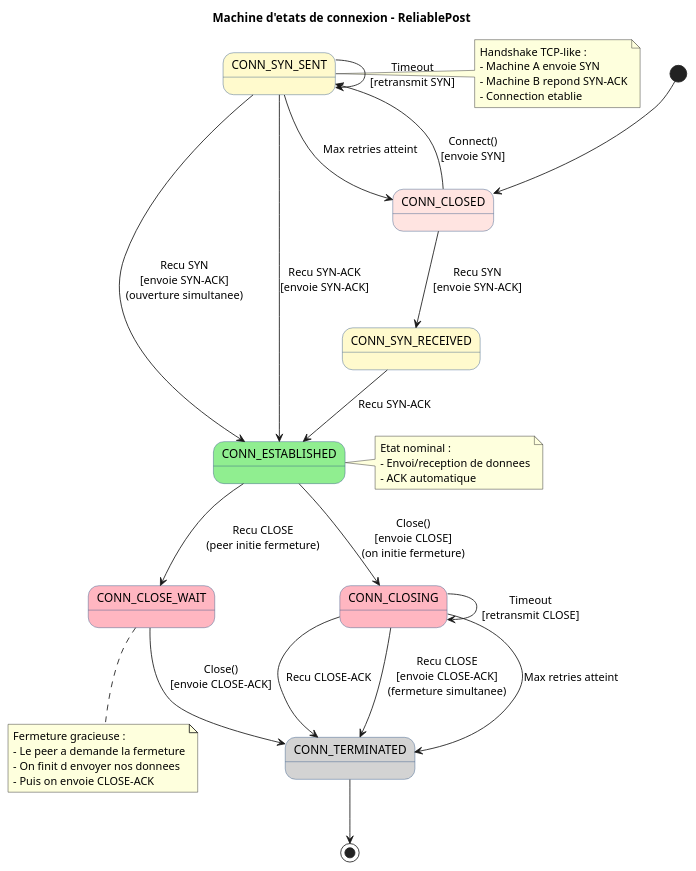
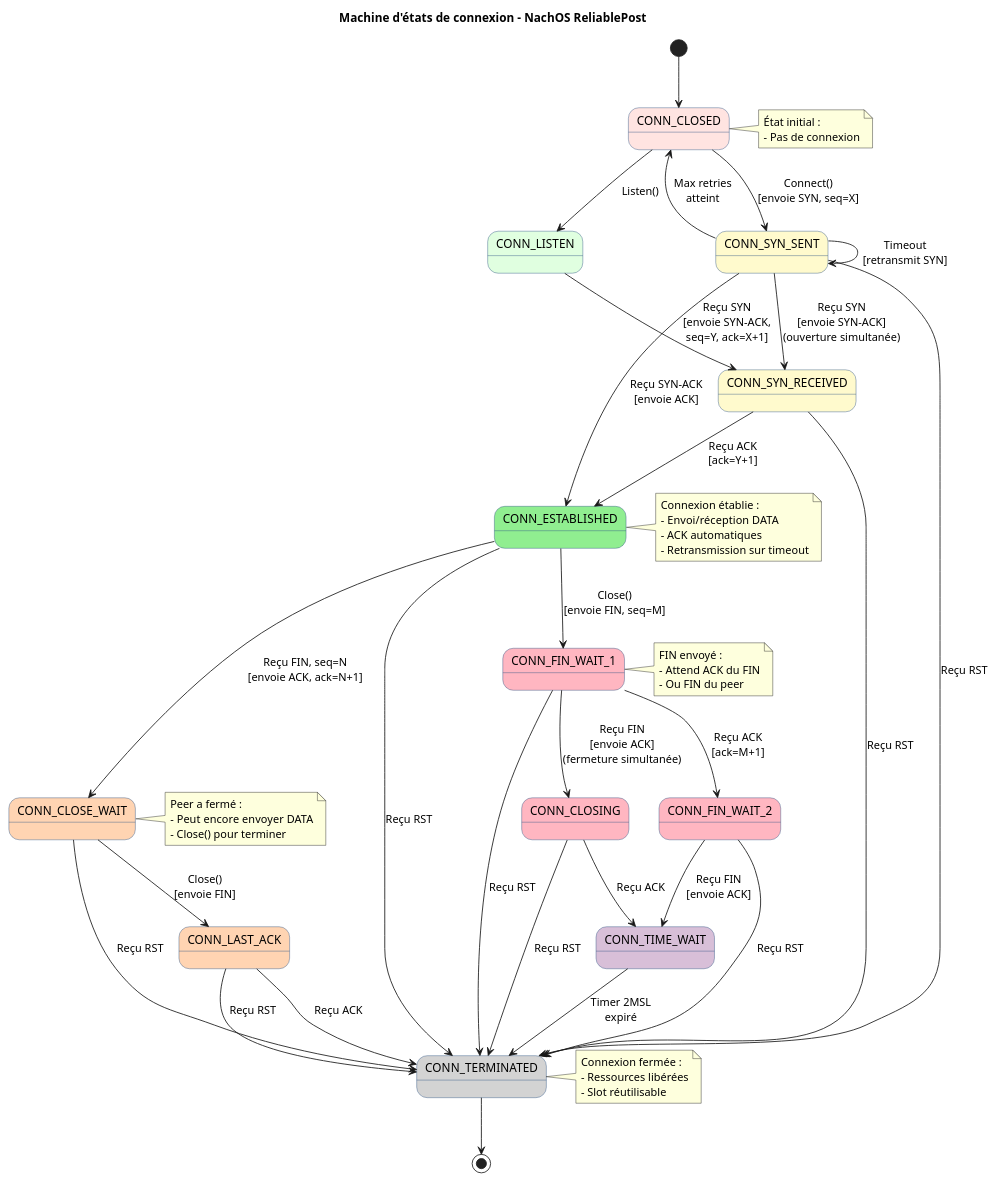
Before and after one commit to Darkbriks/nachos-team-a: the diagram in network/connection_state_machine.puml, drawn with PlantUML. The commit also changed 83 other files, not shown here.

```diff
--- a/network/connection_state_machine.puml
+++ b/network/connection_state_machine.puml
@@ -1,63 +1,96 @@
 @startuml
 skinparam backgroundColor white
 skinparam state {
     BackgroundColor #E8F4FD
     BorderColor #2C5282
 }
 
-title Machine d'etats de connexion - ReliablePost
+title Machine d'états de connexion - NachOS ReliablePost
 
 state "CONN_CLOSED" as CLOSED #FFE4E1
+state "CONN_LISTEN" as LISTEN #E0FFE0
 state "CONN_SYN_SENT" as SYN_SENT #FFFACD
 state "CONN_SYN_RECEIVED" as SYN_RECEIVED #FFFACD
 state "CONN_ESTABLISHED" as ESTABLISHED #90EE90
-state "CONN_CLOSE_WAIT" as CLOSE_WAIT #FFB6C1
+state "CONN_FIN_WAIT_1" as FIN_WAIT_1 #FFB6C1
+state "CONN_FIN_WAIT_2" as FIN_WAIT_2 #FFB6C1
+state "CONN_CLOSE_WAIT" as CLOSE_WAIT #FFD4B2
 state "CONN_CLOSING" as CLOSING #FFB6C1
+state "CONN_LAST_ACK" as LAST_ACK #FFD4B2
+state "CONN_TIME_WAIT" as TIME_WAIT #D8BFD8
 state "CONN_TERMINATED" as TERMINATED #D3D3D3
 
 [*] --> CLOSED
 
-CLOSED --> SYN_SENT : Connect()\n[envoie SYN]
+note right of CLOSED
+  État initial :
+  - Pas de connexion
+end note
 
-SYN_SENT --> ESTABLISHED : Recu SYN\n[envoie SYN-ACK]\n(ouverture simultanee)
+CLOSED --> SYN_SENT : Connect()\n[envoie SYN, seq=X]
+
+SYN_SENT --> ESTABLISHED : Reçu SYN-ACK\n[envoie ACK]
+SYN_SENT --> SYN_RECEIVED : Reçu SYN\n[envoie SYN-ACK]\n(ouverture simultanée)
 SYN_SENT --> SYN_SENT : Timeout\n[retransmit SYN]
-SYN_SENT --> CLOSED : Max retries atteint
+SYN_SENT --> CLOSED : Max retries\natteint
 
-SYN_RECEIVED --> ESTABLISHED : Recu SYN-ACK
+CLOSED --> LISTEN : Listen()
 
-CLOSED --> SYN_RECEIVED : Recu SYN\n[envoie SYN-ACK]
-SYN_SENT --> ESTABLISHED : Recu SYN-ACK\n[envoie SYN-ACK]
+LISTEN --> SYN_RECEIVED : Reçu SYN\n[envoie SYN-ACK,\nseq=Y, ack=X+1]
 
-ESTABLISHED --> CLOSE_WAIT : Recu CLOSE\n(peer initie fermeture)
-ESTABLISHED --> CLOSING : Close()\n[envoie CLOSE]\n(on initie fermeture)
+SYN_RECEIVED --> ESTABLISHED : Reçu ACK\n[ack=Y+1]
 
-CLOSE_WAIT --> TERMINATED : Close()\n[envoie CLOSE-ACK]
+note right of ESTABLISHED
+  Connexion établie :
+  - Envoi/réception DATA
+  - ACK automatiques
+  - Retransmission sur timeout
+end note
 
-CLOSING --> TERMINATED : Recu CLOSE-ACK
-CLOSING --> TERMINATED : Recu CLOSE\n[envoie CLOSE-ACK]\n(fermeture simultanee)
-CLOSING --> CLOSING : Timeout\n[retransmit CLOSE]
-CLOSING --> TERMINATED : Max retries atteint
+ESTABLISHED --> FIN_WAIT_1 : Close()\n[envoie FIN, seq=M]
+
+FIN_WAIT_1 --> FIN_WAIT_2 : Reçu ACK\n[ack=M+1]
+FIN_WAIT_1 --> CLOSING : Reçu FIN\n[envoie ACK]\n(fermeture simultanée)
+
+FIN_WAIT_2 --> TIME_WAIT : Reçu FIN\n[envoie ACK]
+
+CLOSING --> TIME_WAIT : Reçu ACK
+
+TIME_WAIT --> TERMINATED : Timer 2MSL\nexpiré
+
+note right of FIN_WAIT_1
+  FIN envoyé :
+  - Attend ACK du FIN
+  - Ou FIN du peer
+end note
+
+ESTABLISHED --> CLOSE_WAIT : Reçu FIN, seq=N\n[envoie ACK, ack=N+1]
+
+CLOSE_WAIT --> LAST_ACK : Close()\n[envoie FIN]
+
+LAST_ACK --> TERMINATED : Reçu ACK
+
+note right of CLOSE_WAIT
+  Peer a fermé :
+  - Peut encore envoyer DATA
+  - Close() pour terminer
+end note
 
 TERMINATED --> [*]
 
-note right of ESTABLISHED
-  Etat nominal :
-  - Envoi/reception de donnees
-  - ACK automatique
+note right of TERMINATED
+  Connexion fermée :
+  - Ressources libérées
+  - Slot réutilisable
 end note
 
-note right of SYN_SENT
-  Handshake TCP-like :
-  - Machine A envoie SYN
-  - Machine B repond SYN-ACK
-  - Connection etablie
-end note
-
-note bottom of CLOSE_WAIT
-  Fermeture gracieuse :
-  - Le peer a demande la fermeture
-  - On finit d envoyer nos donnees
-  - Puis on envoie CLOSE-ACK
-end note
+SYN_SENT --> TERMINATED : Reçu RST
+SYN_RECEIVED --> TERMINATED : Reçu RST
+ESTABLISHED --> TERMINATED : Reçu RST
+FIN_WAIT_1 --> TERMINATED : Reçu RST
+FIN_WAIT_2 --> TERMINATED : Reçu RST
+CLOSE_WAIT --> TERMINATED : Reçu RST
+CLOSING --> TERMINATED : Reçu RST
+LAST_ACK --> TERMINATED : Reçu RST
 
 @enduml
```
